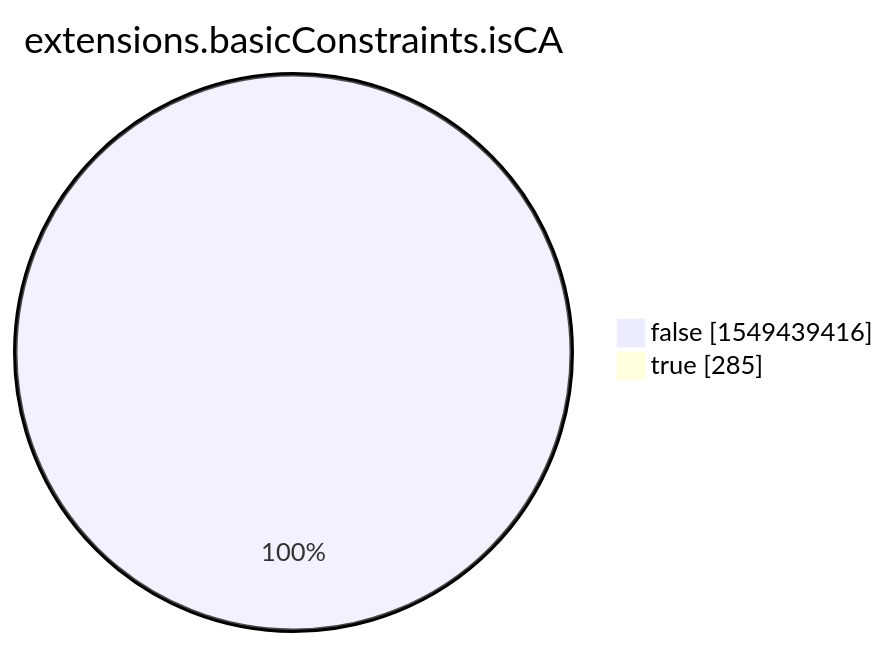
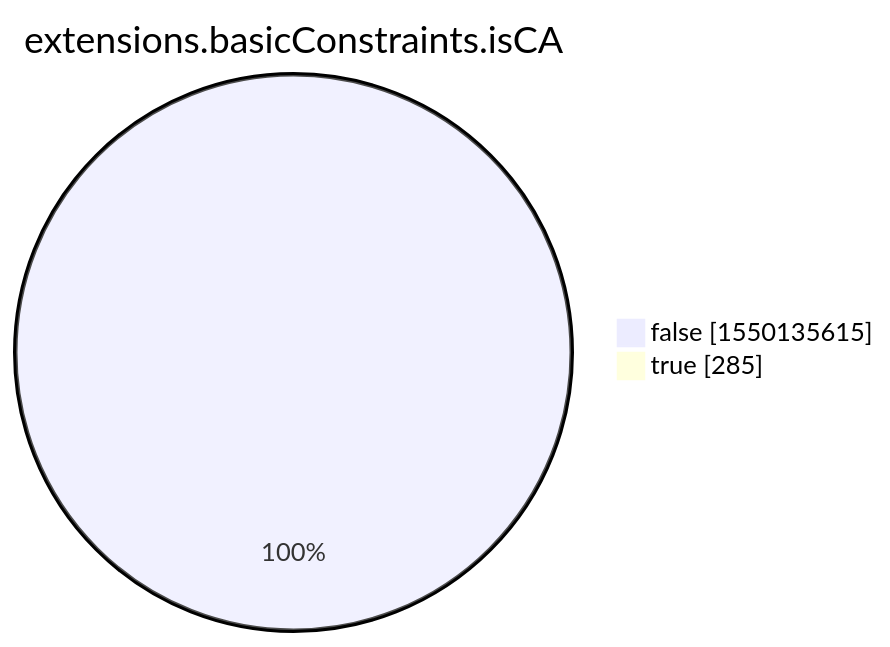
The eighth of 15 diagrams in xenon2022/README.md (christiankrug/ctmonitor_visualization), drawn with Mermaid before and after one commit. The commit also changed other lines of this file, not shown here.

````diff
--- a/xenon2022/README.md
+++ b/xenon2022/README.md
@@ -2859,6 +2859,6 @@
 ```mermaid
 pie showData
 title extensions.basicConstraints.isCA
-"false" :1549439416
+"false" :1550135615
 "true" :285
 ```
````
